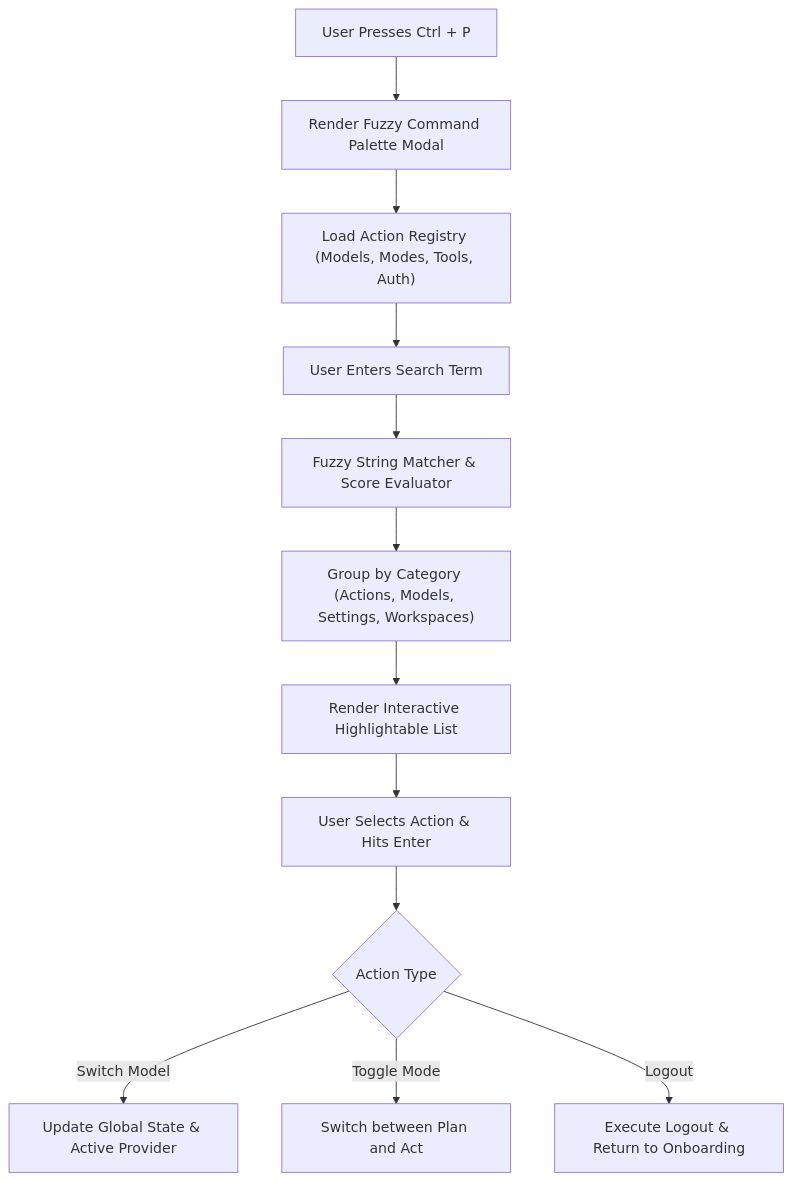
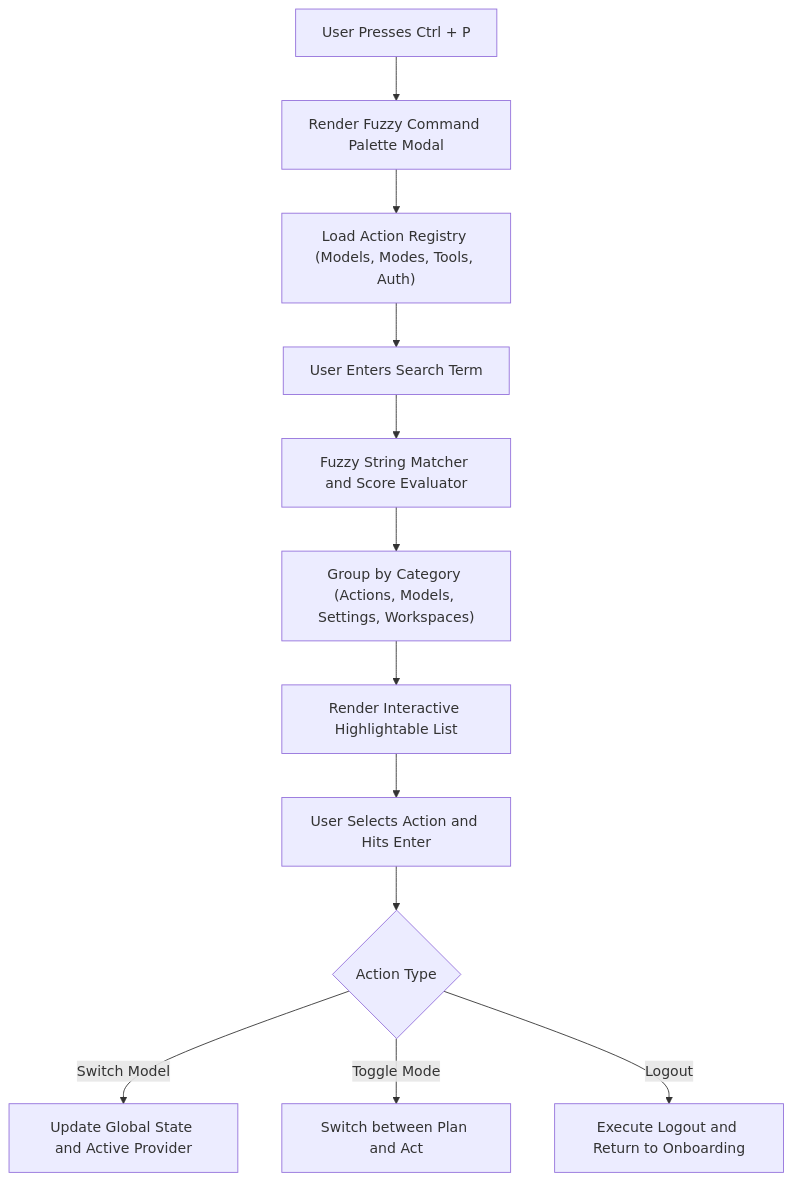
Before and after one commit to KerberoSec/KerberoSec-CLI: diagram 13 of 24 in README.md, drawn with Mermaid. The commit also changed other lines of this file and 5 other files, not shown here.

````diff
--- a/README.md
+++ b/README.md
@@ -451,15 +558,15 @@
 ```mermaid
 flowchart TD
     Trigger["User Presses Ctrl + P"] --> OpenModal["Render Fuzzy Command Palette Modal"]
     OpenModal --> IngestActions["Load Action Registry (Models, Modes, Tools, Auth)"]
     IngestActions --> QueryFilter["User Enters Search Term"]
-    QueryFilter --> FuzzyMatcher["Fuzzy String Matcher & Score Evaluator"]
+    QueryFilter --> FuzzyMatcher["Fuzzy String Matcher and Score Evaluator"]
     FuzzyMatcher --> Categorize["Group by Category (Actions, Models, Settings, Workspaces)"]
     Categorize --> RenderList["Render Interactive Highlightable List"]
     
-    RenderList --> SelectAction["User Selects Action & Hits Enter"]
+    RenderList --> SelectAction["User Selects Action and Hits Enter"]
     SelectAction --> ExecuteAction{"Action Type"}
-    ExecuteAction -- "Switch Model" --> SetModel["Update Global State & Active Provider"]
+    ExecuteAction -- "Switch Model" --> SetModel["Update Global State and Active Provider"]
     ExecuteAction -- "Toggle Mode" --> SetMode["Switch between Plan and Act"]
-    ExecuteAction -- "Logout" --> TriggerLogout["Execute Logout & Return to Onboarding"]
+    ExecuteAction -- "Logout" --> TriggerLogout["Execute Logout and Return to Onboarding"]
 ```
````
